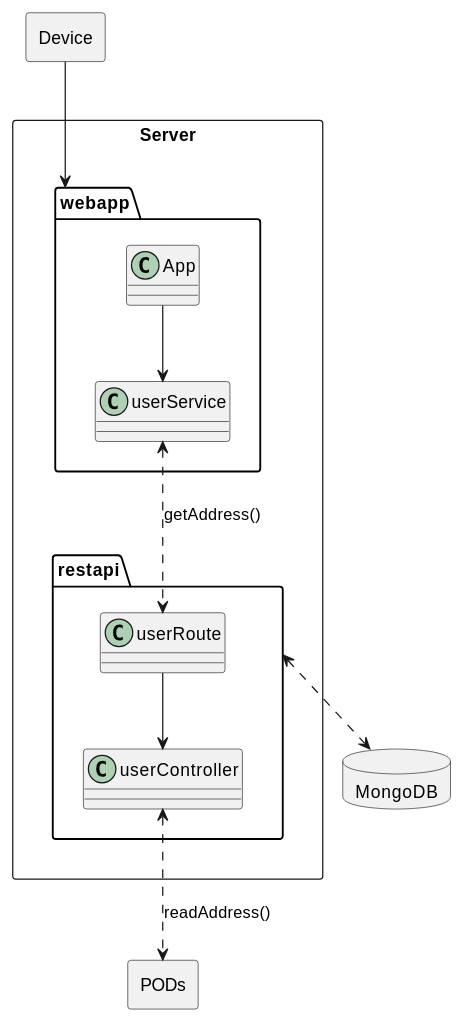
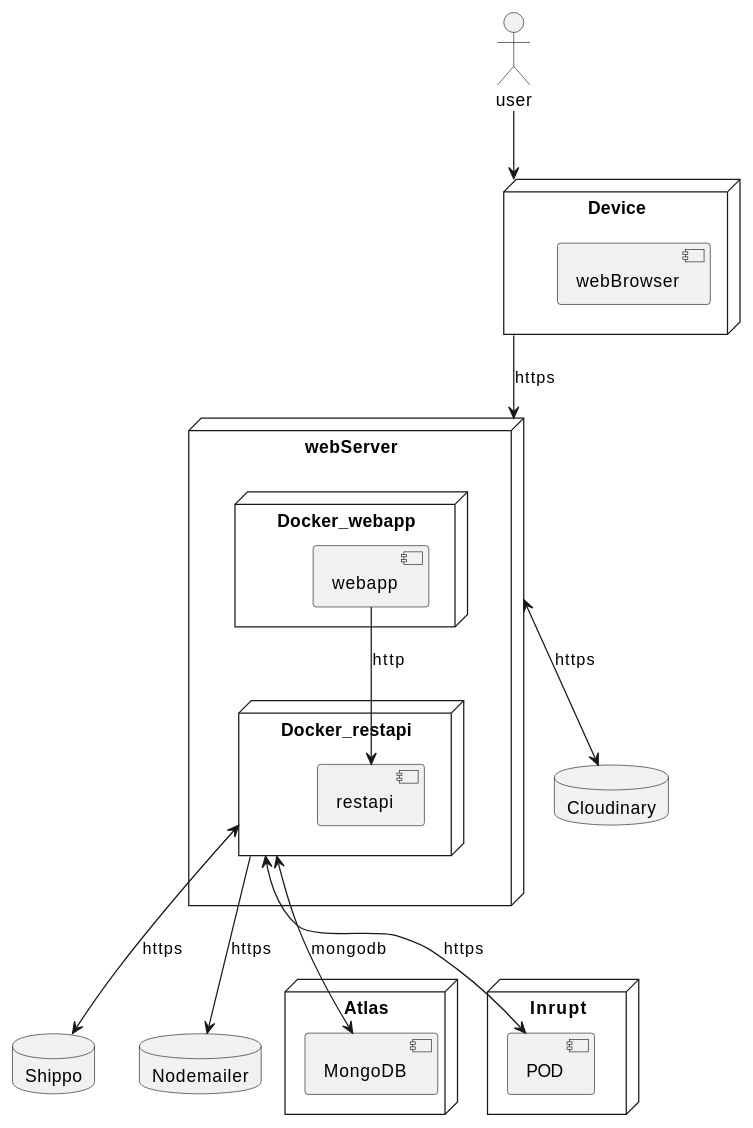
Before and after one commit to Arquisoft/Arquisoft-dede_es_04a: the diagram in docs/07_deployment_view.adoc, drawn with PlantUML.

```diff
--- a/docs/07_deployment_view.adoc
+++ b/docs/07_deployment_view.adoc
@@ -8,26 +8,38 @@
 [plantuml,"DeploymentView",png]
 ----
 @startuml
 allowmixing
-Rectangle Server{
-    package restapi{
-       class userController
-       class userRoute
-    }
-    package webapp{
-       class userService
-       class App
-    }
- }
-database MongoDB
-rectangle Device
-rectangle PODs
+node Device{
+     component webBrowser
+}
+node webServer{
+  node Docker_restapi{
+   component restapi
+  }
+  node Docker_webapp{
+   component webapp
+  }
+}
 
-App --> userService
-userService <..> userRoute : getAddress()
-userRoute--> userController
-Device --> webapp
-restapi <..> MongoDB
-userController <..> PODs : readAddress()
+node Atlas{
+  component MongoDB
+}
+
+node Inrupt{
+  component POD
+}
+actor user
+Database Shippo
+Database Nodemailer
+Database Cloudinary
+
+user --> Device
+Device --> webServer: https
+webapp --> restapi: http
+Docker_restapi <--> POD : https
+Docker_restapi <--> MongoDB: mongodb
+Docker_restapi --> Nodemailer : https
+Docker_restapi <--> Shippo: https
+webServer <--> Cloudinary: https
 @enduml
 ----
```
